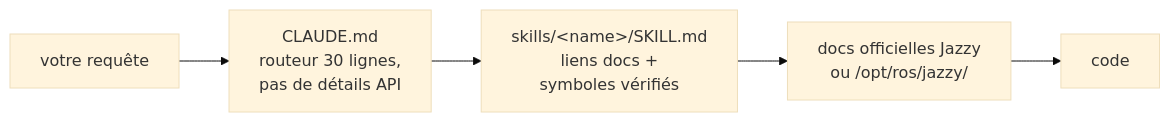
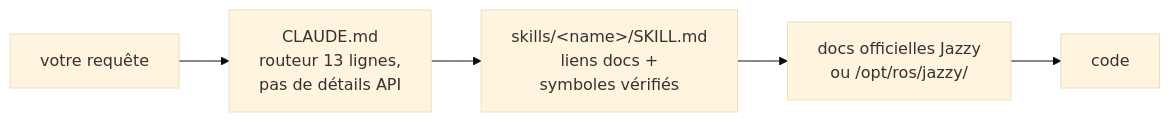
Before and after one commit to Leehyunbin0131/claude-ros2-skills: the diagram in README.fr.md, drawn with Mermaid (base theme). The commit also changed other lines of this file and 27 other files, not shown here.

````diff
--- a/README.fr.md
+++ b/README.fr.md
@@ -145,7 +145,7 @@
 ```mermaid
 flowchart LR
-    A["votre requête"] --> B["CLAUDE.md<br/>routeur 30 lignes,<br/>pas de détails API"]
+    A["votre requête"] --> B["CLAUDE.md<br/>routeur 13 lignes,<br/>pas de détails API"]
     B --> C["skills/&lt;name&gt;/SKILL.md<br/>liens docs +<br/>symboles vérifiés"]
     C --> D["docs officielles Jazzy<br/>ou /opt/ros/jazzy/"]
     D --> E["code"]
 ```
````
